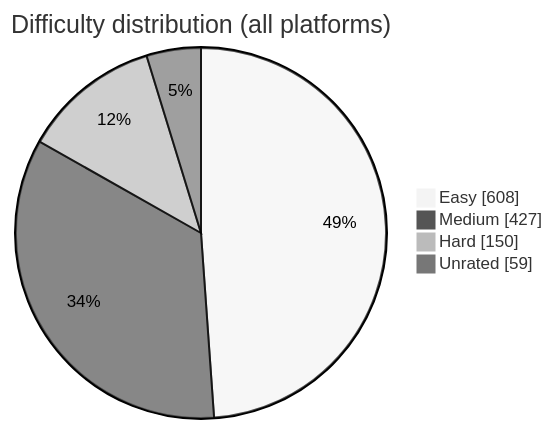
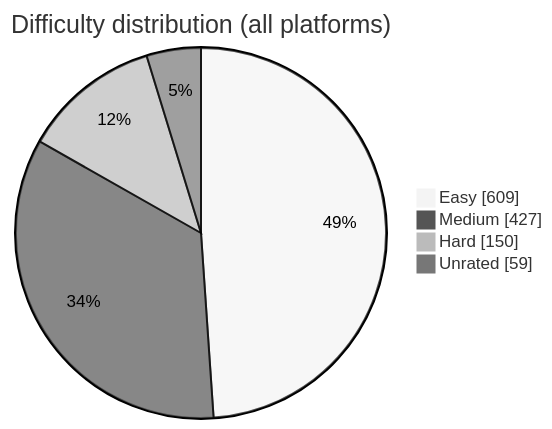
Before and after one commit to BuildbyArindam/Daily-Coding-Log: the diagram in README.md, drawn with Mermaid (neutral theme). The commit also changed other lines of this file, not shown here.

````diff
--- a/README.md
+++ b/README.md
@@ -93,7 +93,7 @@
 ```mermaid
 pie showData title Difficulty distribution (all platforms)
-    "Easy" : 608
+    "Easy" : 609
     "Medium" : 427
     "Hard" : 150
     "Unrated" : 59
 ```
````
